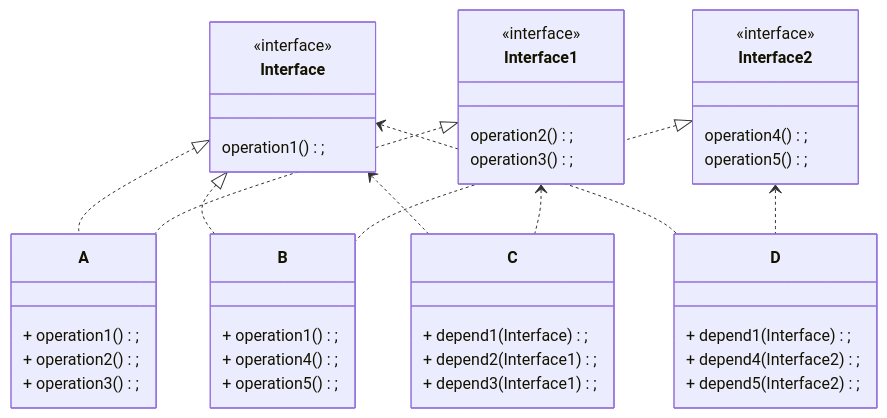
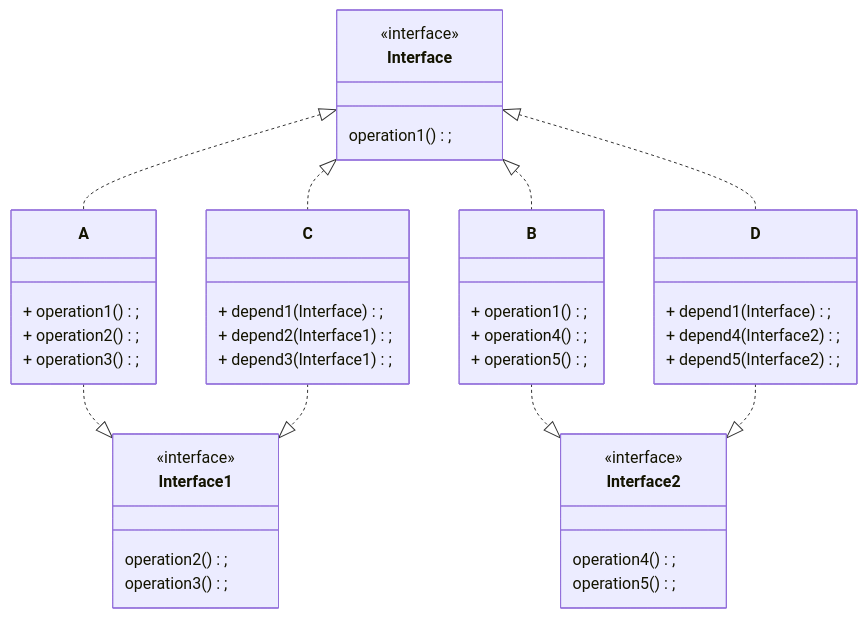
One commit to Meinil/Meinil.github.io changed diagram 11 of 40 in docs/java/DesignPattern.md. Above: the diagram before and after it, drawn with Mermaid. The commit also changed other lines of this file and 1 other file, not shown here.

````diff
--- a/docs/java/DesignPattern.md
+++ b/docs/java/DesignPattern.md
@@ -402,48 +402,50 @@
 ```mermaid
 classDiagram
 
 class Interface{
     <<interface>>
     operation1();
 }
 
 class Interface1{
     <<interface>>
     operation2();
     operation3();
 }
 
 class Interface2{
     <<interface>>
     operation4();
     operation5();
 }
 class A{
 	+ operation1();
     + operation2();
     + operation3();
 }
-Interface <|.. A
-Interface1 <|.. A
 class B{
 	+ operation1();
     + operation4();
     + operation5();
 }
-Interface <|.. B
-Interface2 <|.. B
 class C{
 	+ depend1(Interface);
     + depend2(Interface1);
     + depend3(Interface1);
 }
-Interface <.. C
-Interface1 <.. C
 class D{
 	+ depend1(Interface);
     + depend4(Interface2);
     + depend5(Interface2);
 }
-Interface <.. D
-Interface2 <.. D
+Interface <|.. A
+Interface <|.. B
+Interface <|.. C
+Interface <|.. D
+
+A ..|> Interface1
+C ..|> Interface1
+
+B ..|> Interface2
+D ..|> Interface2
 ```
````
